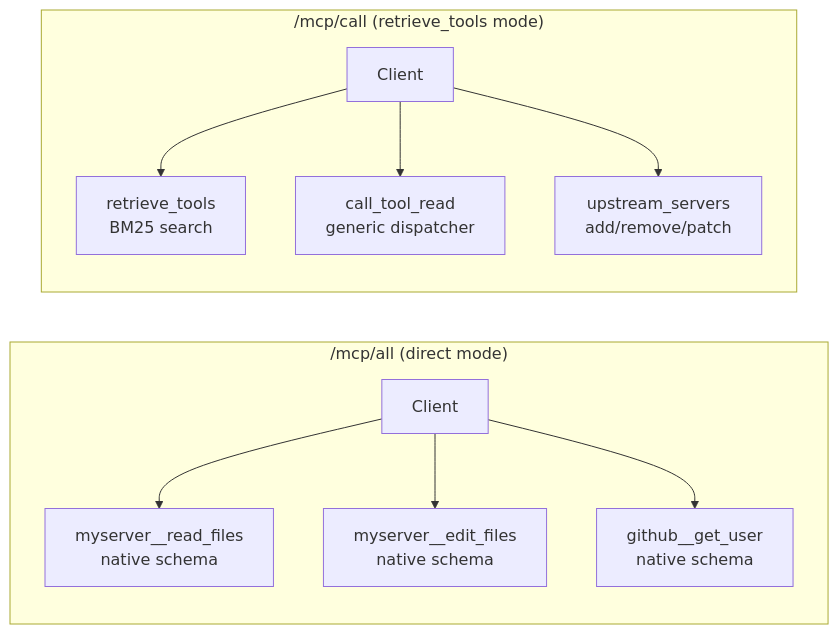
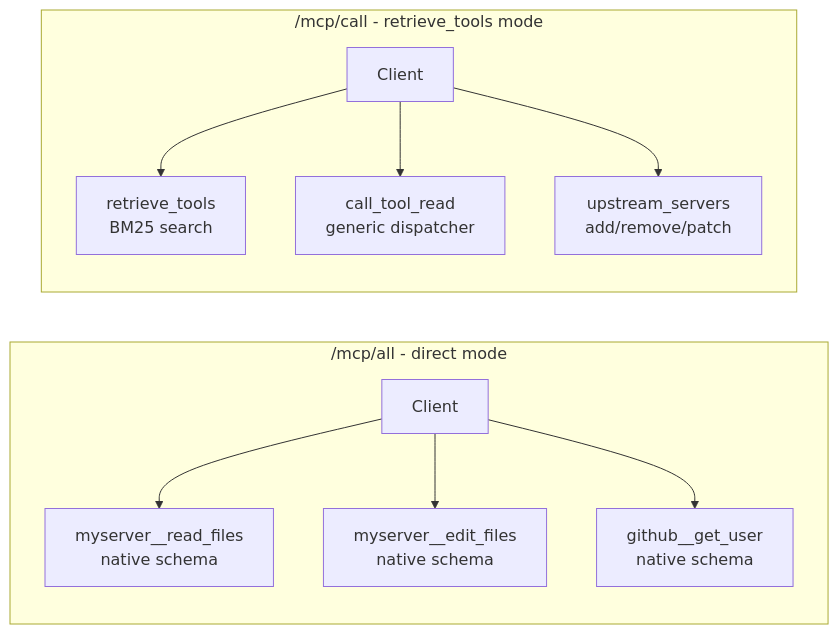
Before and after one commit to luutuankiet/mcp-proxy-shim: the third of 3 diagrams in README.md, drawn with Mermaid. The commit also changed other lines of this file and 1 other file, not shown here.

Commit message:
docs: update README for HTTP serve mode + apikey auth; fix CI workflow

````diff
--- a/README.md
+++ b/README.md
@@ -126,14 +204,14 @@
 ```mermaid
 flowchart LR
-    subgraph "/mcp/all (direct mode)"
+    subgraph direct["/mcp/all - direct mode"]
         A1[Client] --> B1[myserver__read_files<br/>native schema]
         A1 --> C1[myserver__edit_files<br/>native schema]
         A1 --> D1[github__get_user<br/>native schema]
     end
 
-    subgraph "/mcp/call (retrieve_tools mode)"
+    subgraph call["/mcp/call - retrieve_tools mode"]
         A2[Client] --> B2[retrieve_tools<br/>BM25 search]
         A2 --> C2[call_tool_read<br/>generic dispatcher]
         A2 --> D2[upstream_servers<br/>add/remove/patch]
     end
 ```
````
